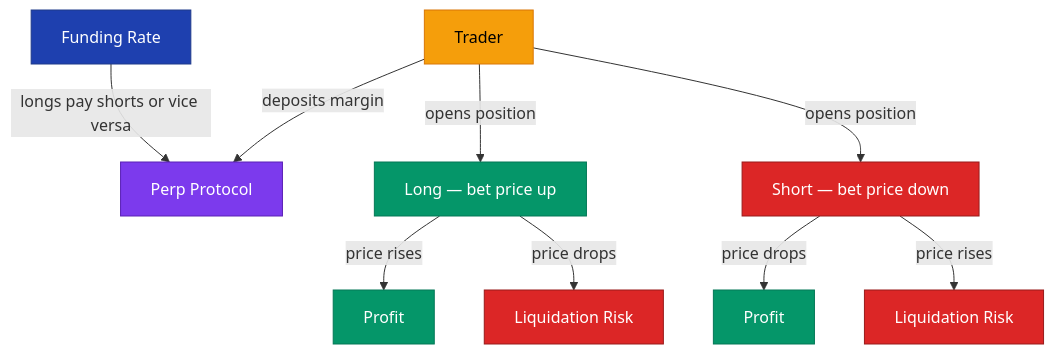
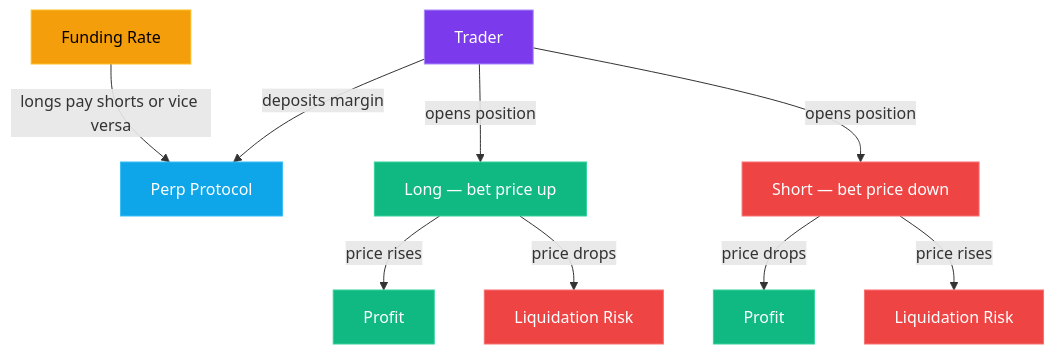
One commit to jestersimpps/cv changed the diagram in content/blog/crypto-unlocked-13-perpetual-dexs-hyperliquid.mdx. Above: the diagram before and after it, drawn with Mermaid. The commit also changed 12 other files, not shown here.

Commit message:
fix(blog): convert all mermaid diagrams to vertical (TD) for mobile readability, dark theme component

````diff
--- a/content/blog/crypto-unlocked-13-perpetual-dexs-hyperliquid.mdx
+++ b/content/blog/crypto-unlocked-13-perpetual-dexs-hyperliquid.mdx
@@ -57,21 +57,21 @@
 ```mermaid
 graph TD
     T[Trader] -->|deposits margin| P[Perp Protocol]
     T -->|opens position| LONG[Long — bet price up]
     T -->|opens position| SHORT[Short — bet price down]
     LONG -->|price rises| WIN1[Profit]
     LONG -->|price drops| LIQ1[Liquidation Risk]
     SHORT -->|price drops| WIN2[Profit]
     SHORT -->|price rises| LIQ2[Liquidation Risk]
     FR[Funding Rate] -->|longs pay shorts or vice versa| P
 
-    style T fill:#f59e0b,stroke:#d97706,color:#000
-    style P fill:#7c3aed,stroke:#5b21b6,color:#fff
-    style LONG fill:#059669,stroke:#047857,color:#fff
-    style SHORT fill:#dc2626,stroke:#991b1b,color:#fff
-    style WIN1 fill:#059669,stroke:#047857,color:#fff
-    style WIN2 fill:#059669,stroke:#047857,color:#fff
-    style LIQ1 fill:#dc2626,stroke:#991b1b,color:#fff
-    style LIQ2 fill:#dc2626,stroke:#991b1b,color:#fff
-    style FR fill:#1e40af,stroke:#1e3a8a,color:#fff
+    style T fill:#7c3aed,stroke:#a78bfa,color:#fff
+    style P fill:#0ea5e9,stroke:#38bdf8,color:#fff
+    style LONG fill:#10b981,stroke:#34d399,color:#fff
+    style SHORT fill:#ef4444,stroke:#f87171,color:#fff
+    style WIN1 fill:#10b981,stroke:#34d399,color:#fff
+    style WIN2 fill:#10b981,stroke:#34d399,color:#fff
+    style LIQ1 fill:#ef4444,stroke:#f87171,color:#fff
+    style LIQ2 fill:#ef4444,stroke:#f87171,color:#fff
+    style FR fill:#f59e0b,stroke:#fbbf24,color:#000
 ```
````
